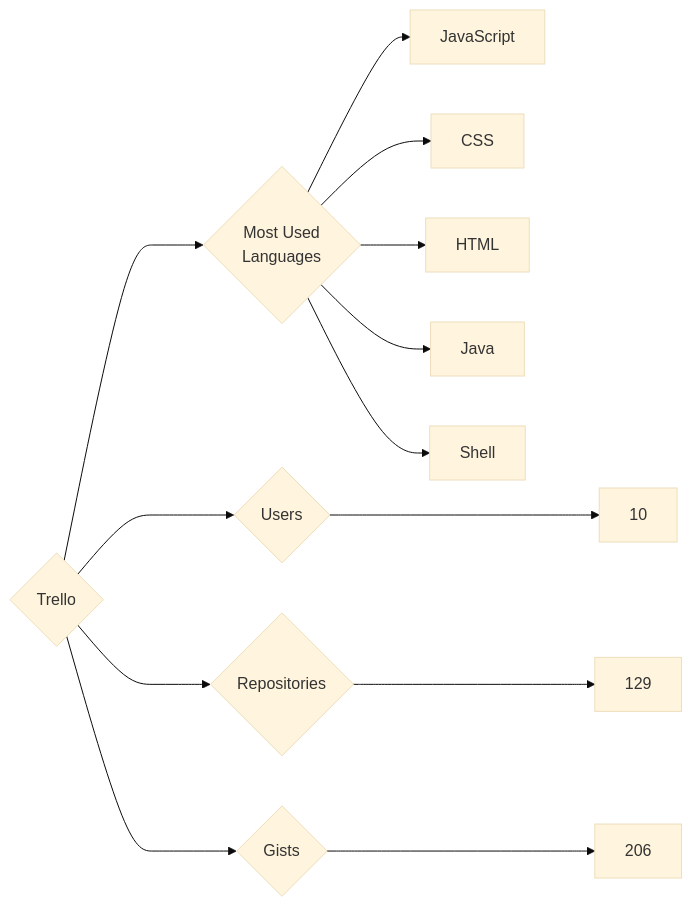
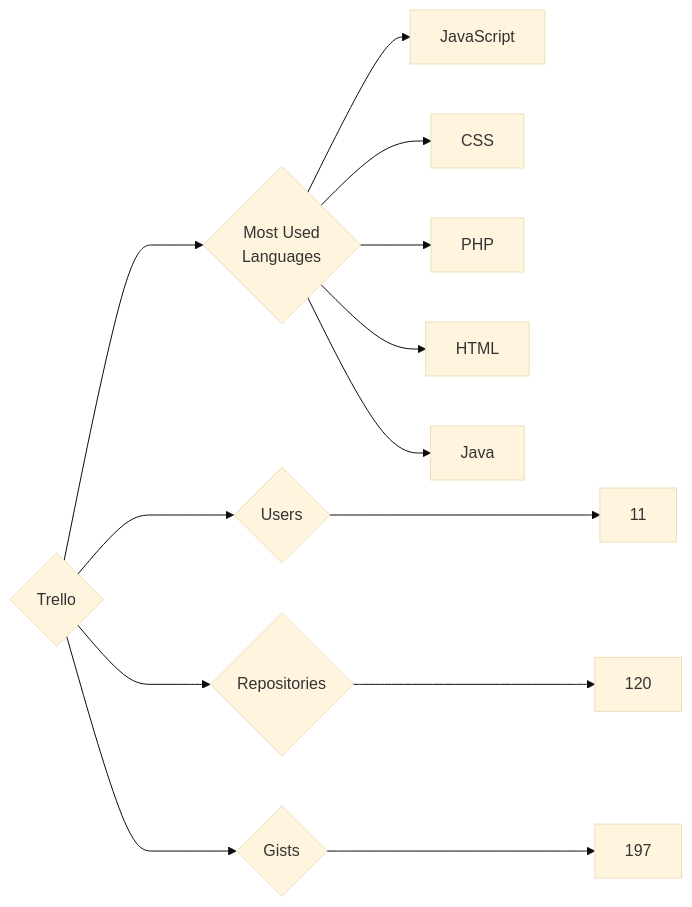
Before and after one commit to trickest/insiders: the diagram in targets/Trello/README.md, drawn with Mermaid (base theme). The commit also changed 870 other files, not shown here.

````diff
--- a/targets/Trello/README.md
+++ b/targets/Trello/README.md
@@ -3,13 +3,13 @@
 ```mermaid
 graph LR
 COMPANY_NAME{Trello}
-COMPANY_NAME ---> U{Users} ---> UN[10]
-COMPANY_NAME ---> R{Repositories} ---> RN[129]
-COMPANY_NAME ---> G{Gists} ---> GN[206]
+COMPANY_NAME ---> U{Users} ---> UN[11]
+COMPANY_NAME ---> R{Repositories} ---> RN[120]
+COMPANY_NAME ---> G{Gists} ---> GN[197]
 COMPANY_NAME ---> ML{Most Used<br>Languages}
 ML --> JavaScript[JavaScript]
 ML --> CSS[CSS]
+ML --> PHP[PHP]
 ML --> HTML[HTML]
 ML --> Java[Java]
-ML --> Shell[Shell]
 ```
````
